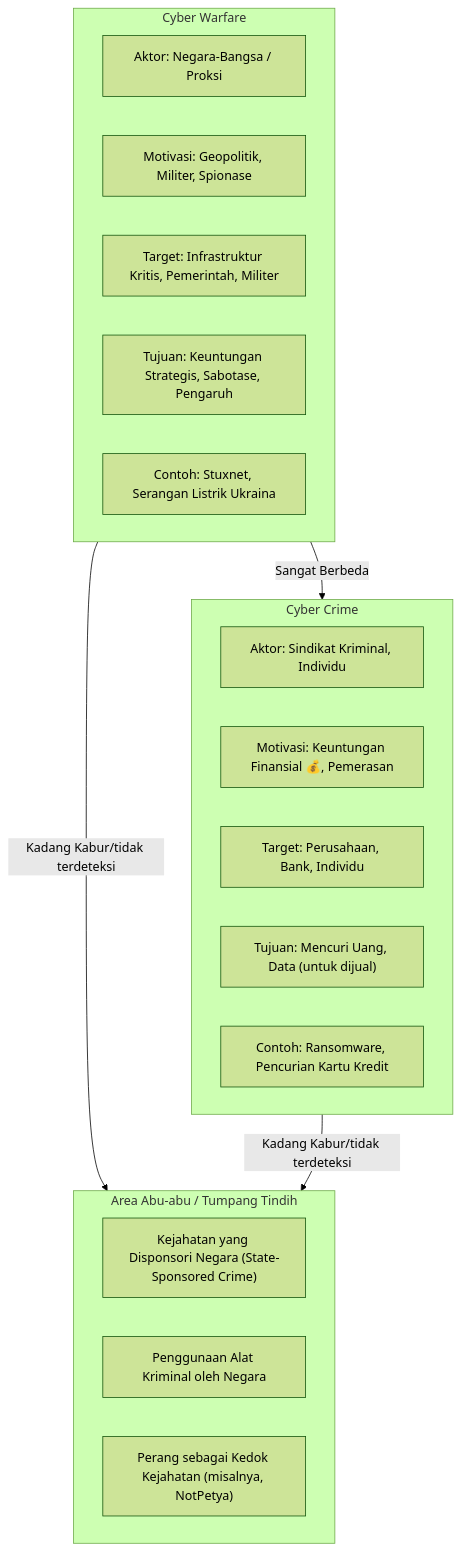
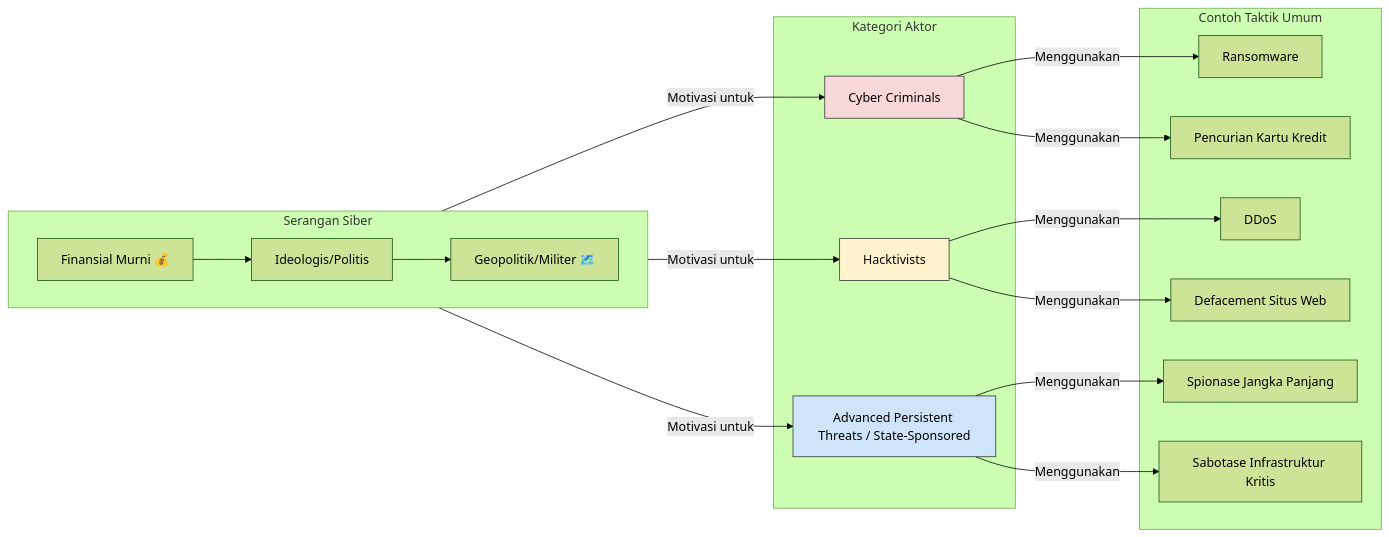
The third of 5 diagrams in week1-2.md (STT-AL/cyberwarfare), drawn with Mermaid (forest theme) before and after one commit. The commit also changed other lines of this file, not shown here.

````diff
--- a/week1-2.md
+++ b/week1-2.md
@@ -189,28 +187,34 @@
 ```mermaid
-graph TD
-    subgraph A["Cyber Warfare"]
-        A1["Aktor: Negara-Bangsa / Proksi"]
-        A2["Motivasi: Geopolitik, Militer, Spionase"]
-        A3["Target: Infrastruktur Kritis, Pemerintah, Militer"]
-        A4["Tujuan: Keuntungan Strategis, Sabotase, Pengaruh"]
-        A5["Contoh: Stuxnet, Serangan Listrik Ukraina"]
+graph LR
+    subgraph "Serangan Siber"
+        direction LR
+        A[Finansial Murni 💰] --> B[Ideologis/Politis] --> C[Geopolitik/Militer 🗺️]
     end
 
-    subgraph B["Cyber Crime"]
-        B1["Aktor: Sindikat Kriminal, Individu"]
-        B2["Motivasi: Keuntungan Finansial 💰, Pemerasan"]
-        B3["Target: Perusahaan, Bank, Individu"]
-        B4["Tujuan: Mencuri Uang, Data (untuk dijual)"]
-        B5["Contoh: Ransomware, Pencurian Kartu Kredit"]
+    subgraph "Kategori Aktor"
+        CC[Cyber Criminals]
+        H[Hacktivists]
+        APT[Advanced Persistent Threats / State-Sponsored]
     end
 
-    subgraph C["Area Abu-abu / Tumpang Tindih"]
-        C1["Kejahatan yang Disponsori Negara (State-Sponsored Crime)"]
-        C2["Penggunaan Alat Kriminal oleh Negara"]
-        C3["Perang sebagai Kedok Kejahatan (misalnya, NotPetya)"]
+    subgraph "Contoh Taktik Umum"
+        T1[Ransomware]
+        T2[Pencurian Kartu Kredit]
+        T3[DDoS]
+        T4[Defacement Situs Web]
+        T5[Spionase Jangka Panjang]
+        T6[Sabotase Infrastruktur Kritis]
     end
 
-    A -- "Sangat Berbeda" --> B;
-    A -- "Kadang Kabur/tidak terdeteksi" --> C;
-    B -- "Kadang Kabur/tidak terdeteksi" --> C;
+    A -- Motivasi untuk --> CC;
+    B -- Motivasi untuk --> H;
+    C -- Motivasi untuk --> APT;
+
+    CC -- Menggunakan --> T1 & T2;
+    H -- Menggunakan --> T3 & T4;
+    APT -- Menggunakan --> T5 & T6;
+
+    style CC fill:#f8d7da,stroke:#333
+    style H fill:#fff3cd,stroke:#333
+    style APT fill:#cde4f9,stroke:#333
 ```
````
